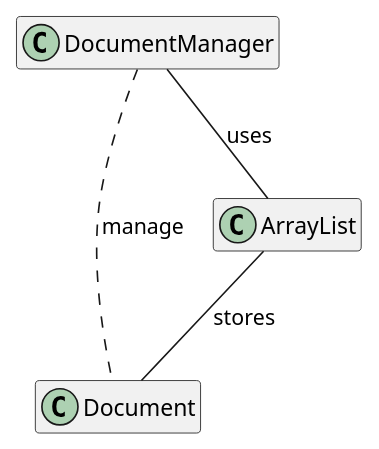
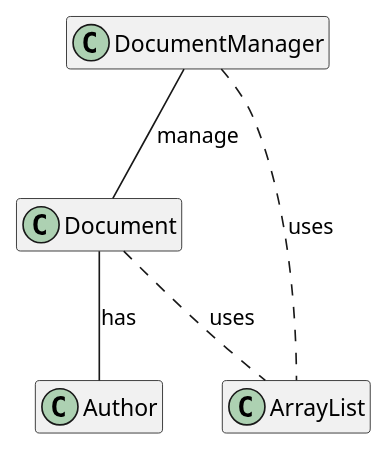
The diagram in entregas/quiñonezJorge/ClassDiagram.puml (mmasias/23-24-eda2), drawn with PlantUML before and after one commit.

Commit message:
update class diagram

```diff
--- a/entregas/quiñonezJorge/ClassDiagram.puml
+++ b/entregas/quiñonezJorge/ClassDiagram.puml
@@ -1,16 +1,18 @@
 @startuml class diagram
 
 hide empty methods
 hide empty attributes
 
 class DocumentManager{}
 
 class Document{}
 
 class ArrayList{}
 
-DocumentManager -- ArrayList : uses
-ArrayList -- Document : stores
-DocumentManager .. Document : manage 
+class Author{}
+DocumentManager .. ArrayList : uses
+DocumentManager -- Document : manage 
+Document -- Author : has
+Document .. ArrayList : uses
 
 @enduml
```
